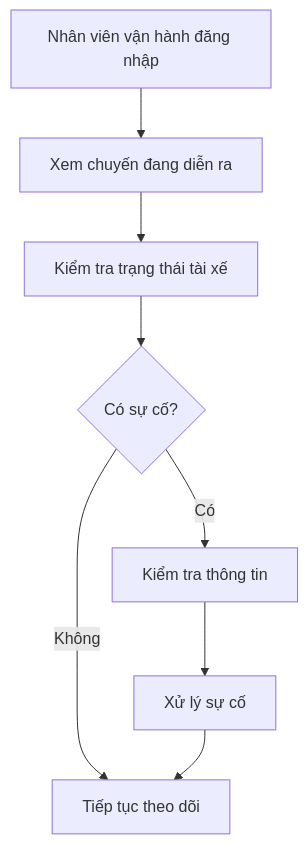
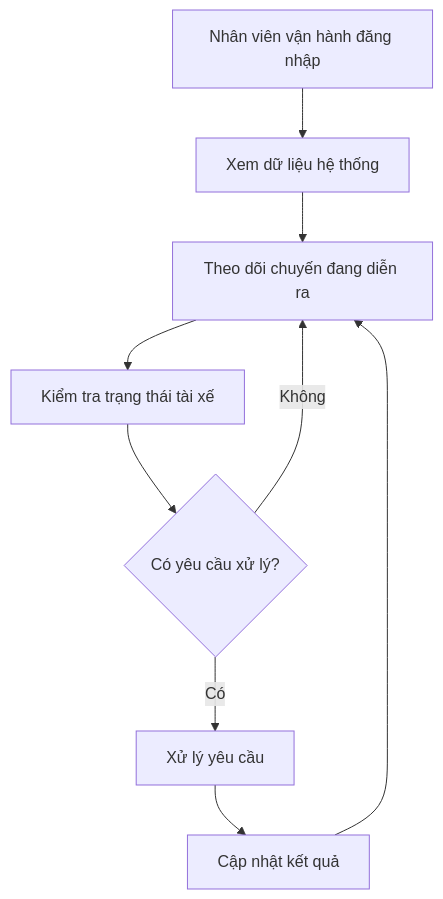
One commit to thuhien76685/23653331_TruongThiThuHien_CAB-System- changed the eighth of 8 diagrams in README.md. Above: the diagram before and after it, drawn with Mermaid. The commit also changed other lines of this file, not shown here.

````diff
--- a/README.md
+++ b/README.md
@@ -582,10 +751,11 @@
 ```mermaid
 flowchart TD
-    A["Nhân viên vận hành đăng nhập"] --> B["Xem chuyến đang diễn ra"]
-    B --> C["Kiểm tra trạng thái tài xế"]
-    C --> D{"Có sự cố?"}
-    D -->|Không| E["Tiếp tục theo dõi"]
-    D -->|Có| F["Kiểm tra thông tin"]
-    F --> G["Xử lý sự cố"]
-    G --> E
+    A["Nhân viên vận hành đăng nhập"] --> B["Xem dữ liệu hệ thống"]
+    B --> C["Theo dõi chuyến đang diễn ra"]
+    C --> D["Kiểm tra trạng thái tài xế"]
+    D --> E{"Có yêu cầu xử lý?"}
+    E -->|Không| C
+    E -->|Có| F["Xử lý yêu cầu"]
+    F --> G["Cập nhật kết quả"]
+    G --> C
 ```
````
